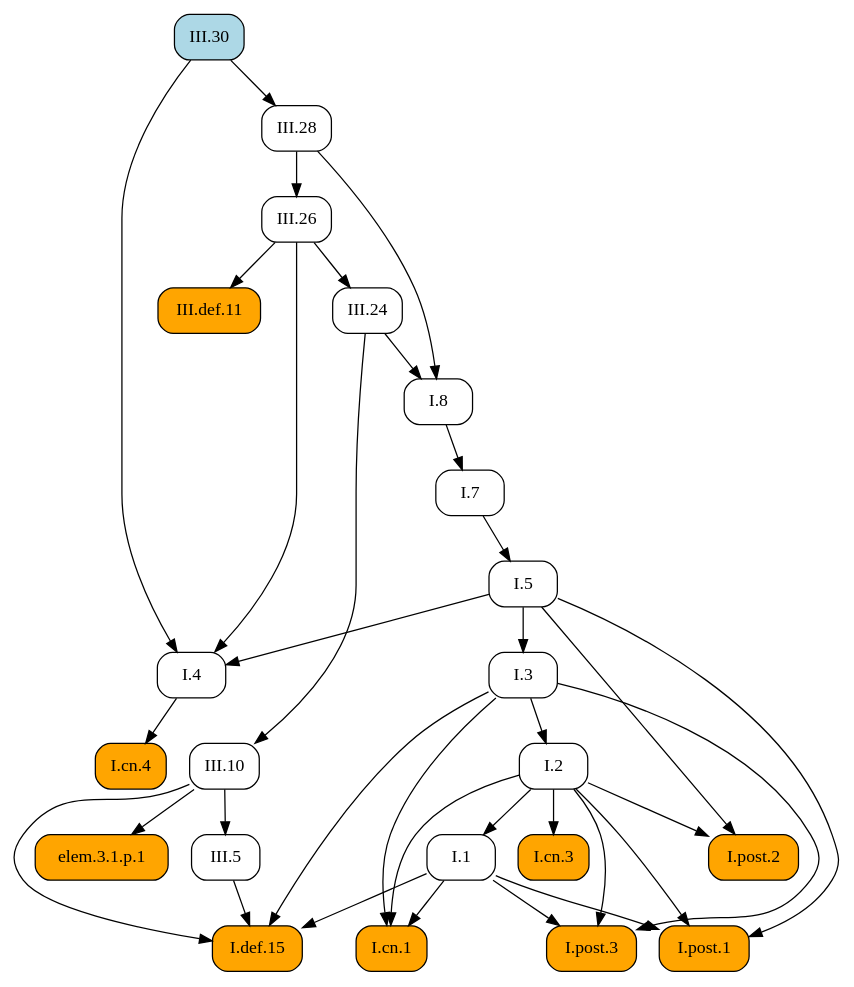
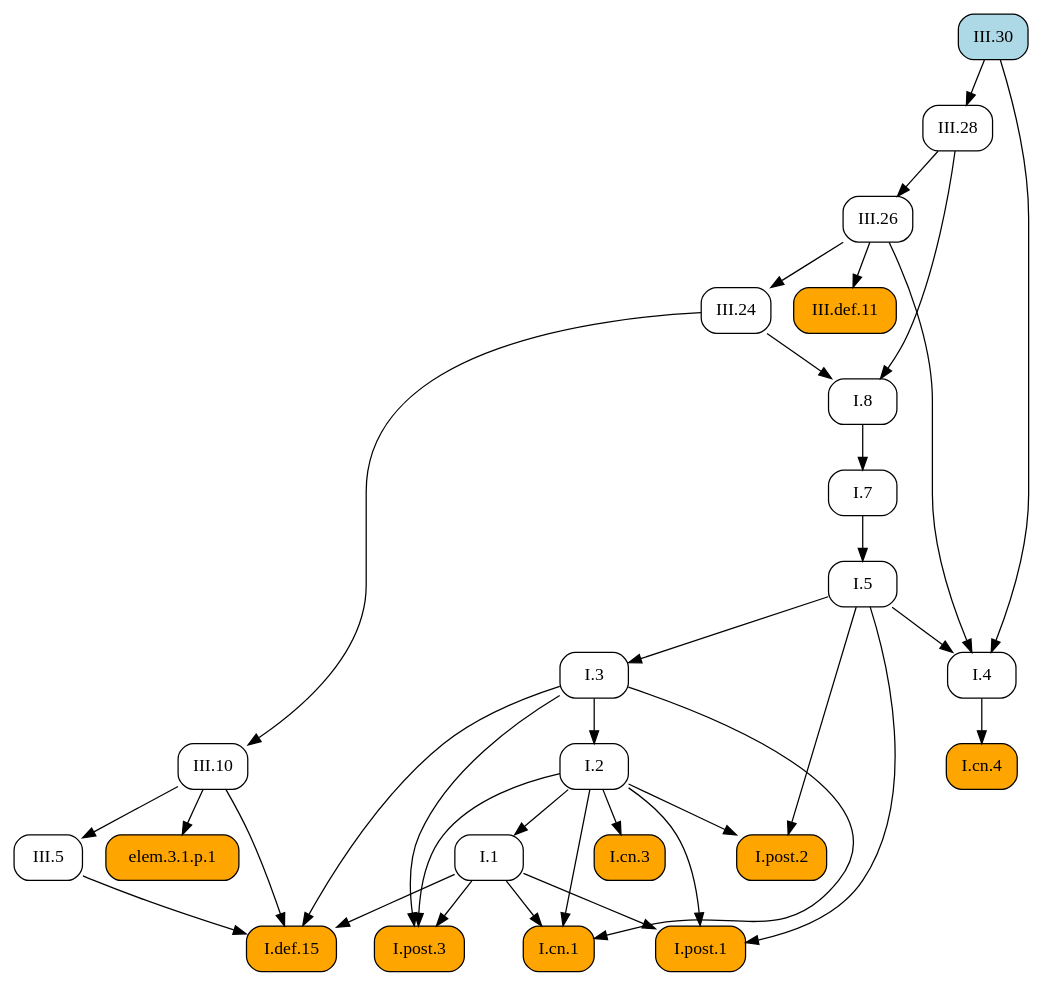
Before and after one commit to geometor/elements: the diagram in docsrc/heath/III/30/index.rst, drawn with Graphviz. The commit also changed other lines of this file and 1029 other files, not shown here.

```diff
--- a/docsrc/heath/III/30/index.rst
+++ b/docsrc/heath/III/30/index.rst
@@ -55,62 +55,62 @@
 .. graphviz::
 
    digraph {
      rankdir="TB";
      node [shape=box, style=rounded];
-     "I.cn.3" [style="rounded,filled", fillcolor=orange, URL="/heath/I/cn.3/", target="_top"];
-     "I.5" [URL="/heath/I/5/", target="_top"];
-     "III.def.11" [style="rounded,filled", fillcolor=orange, URL="/heath/III/def.11/", target="_top"];
+     "I.1" [URL="/heath/I/1/", target="_top"];
      "I.7" [URL="/heath/I/7/", target="_top"];
-     "I.4" [URL="/heath/I/4/", target="_top"];
      "I.3" [URL="/heath/I/3/", target="_top"];
      "III.26" [URL="/heath/III/26/", target="_top"];
+     "I.2" [URL="/heath/I/2/", target="_top"];
+     "I.4" [URL="/heath/I/4/", target="_top"];
+     "elem.3.1.p.1" [style="rounded,filled", fillcolor=orange];
+     "I.post.2" [style="rounded,filled", fillcolor=orange, URL="/heath/I/post.2/", target="_top"];
+     "III.def.11" [style="rounded,filled", fillcolor=orange, URL="/heath/III/def.11/", target="_top"];
+     "I.def.15" [style="rounded,filled", fillcolor=orange, URL="/heath/I/def.15/", target="_top"];
+     "III.10" [URL="/heath/III/10/", target="_top"];
+     "I.post.3" [style="rounded,filled", fillcolor=orange, URL="/heath/I/post.3/", target="_top"];
+     "I.cn.1" [style="rounded,filled", fillcolor=orange, URL="/heath/I/cn.1/", target="_top"];
+     "I.cn.3" [style="rounded,filled", fillcolor=orange, URL="/heath/I/cn.3/", target="_top"];
      "I.8" [URL="/heath/I/8/", target="_top"];
+     "I.cn.4" [style="rounded,filled", fillcolor=orange, URL="/heath/I/cn.4/", target="_top"];
      "III.30" [style="rounded,filled", fillcolor=lightblue, URL="/heath/III/30/", target="_top"];
-     "III.10" [URL="/heath/III/10/", target="_top"];
-     "I.post.2" [style="rounded,filled", fillcolor=orange, URL="/heath/I/post.2/", target="_top"];
-     "I.2" [URL="/heath/I/2/", target="_top"];
-     "I.def.15" [style="rounded,filled", fillcolor=orange, URL="/heath/I/def.15/", target="_top"];
-     "I.1" [URL="/heath/I/1/", target="_top"];
+     "III.28" [URL="/heath/III/28/", target="_top"];
+     "I.post.1" [style="rounded,filled", fillcolor=orange, URL="/heath/I/post.1/", target="_top"];
      "III.24" [URL="/heath/III/24/", target="_top"];
-     "I.post.3" [style="rounded,filled", fillcolor=orange, URL="/heath/I/post.3/", target="_top"];
-     "I.post.1" [style="rounded,filled", fillcolor=orange, URL="/heath/I/post.1/", target="_top"];
-     "III.28" [URL="/heath/III/28/", target="_top"];
-     "I.cn.4" [style="rounded,filled", fillcolor=orange, URL="/heath/I/cn.4/", target="_top"];
-     "elem.3.1.p.1" [style="rounded,filled", fillcolor=orange];
-     "I.cn.1" [style="rounded,filled", fillcolor=orange, URL="/heath/I/cn.1/", target="_top"];
+     "I.5" [URL="/heath/I/5/", target="_top"];
      "III.5" [URL="/heath/III/5/", target="_top"];
-     "I.2" -> "I.cn.3";
-     "I.7" -> "I.5";
-     "III.26" -> "III.def.11";
+     "I.2" -> "I.1";
      "I.8" -> "I.7";
+     "I.5" -> "I.3";
+     "III.28" -> "III.26";
+     "I.3" -> "I.2";
      "I.5" -> "I.4";
      "III.26" -> "I.4";
      "III.30" -> "I.4";
-     "I.5" -> "I.3";
-     "III.28" -> "III.26";
-     "III.24" -> "I.8";
-     "III.28" -> "I.8";
-     "III.24" -> "III.10";
+     "III.10" -> "elem.3.1.p.1";
      "I.2" -> "I.post.2";
      "I.5" -> "I.post.2";
-     "I.3" -> "I.2";
+     "III.26" -> "III.def.11";
      "I.1" -> "I.def.15";
      "I.3" -> "I.def.15";
      "III.5" -> "I.def.15";
      "III.10" -> "I.def.15";
-     "I.2" -> "I.1";
-     "III.26" -> "III.24";
+     "III.24" -> "III.10";
      "I.1" -> "I.post.3";
      "I.2" -> "I.post.3";
      "I.3" -> "I.post.3";
+     "I.1" -> "I.cn.1";
+     "I.2" -> "I.cn.1";
+     "I.3" -> "I.cn.1";
+     "I.2" -> "I.cn.3";
+     "III.24" -> "I.8";
+     "III.28" -> "I.8";
+     "I.4" -> "I.cn.4";
+     "III.30" -> "III.28";
      "I.1" -> "I.post.1";
      "I.2" -> "I.post.1";
      "I.5" -> "I.post.1";
-     "III.30" -> "III.28";
-     "I.4" -> "I.cn.4";
-     "III.10" -> "elem.3.1.p.1";
-     "I.1" -> "I.cn.1";
-     "I.2" -> "I.cn.1";
-     "I.3" -> "I.cn.1";
+     "III.26" -> "III.24";
+     "I.7" -> "I.5";
      "III.10" -> "III.5";
    }
```
